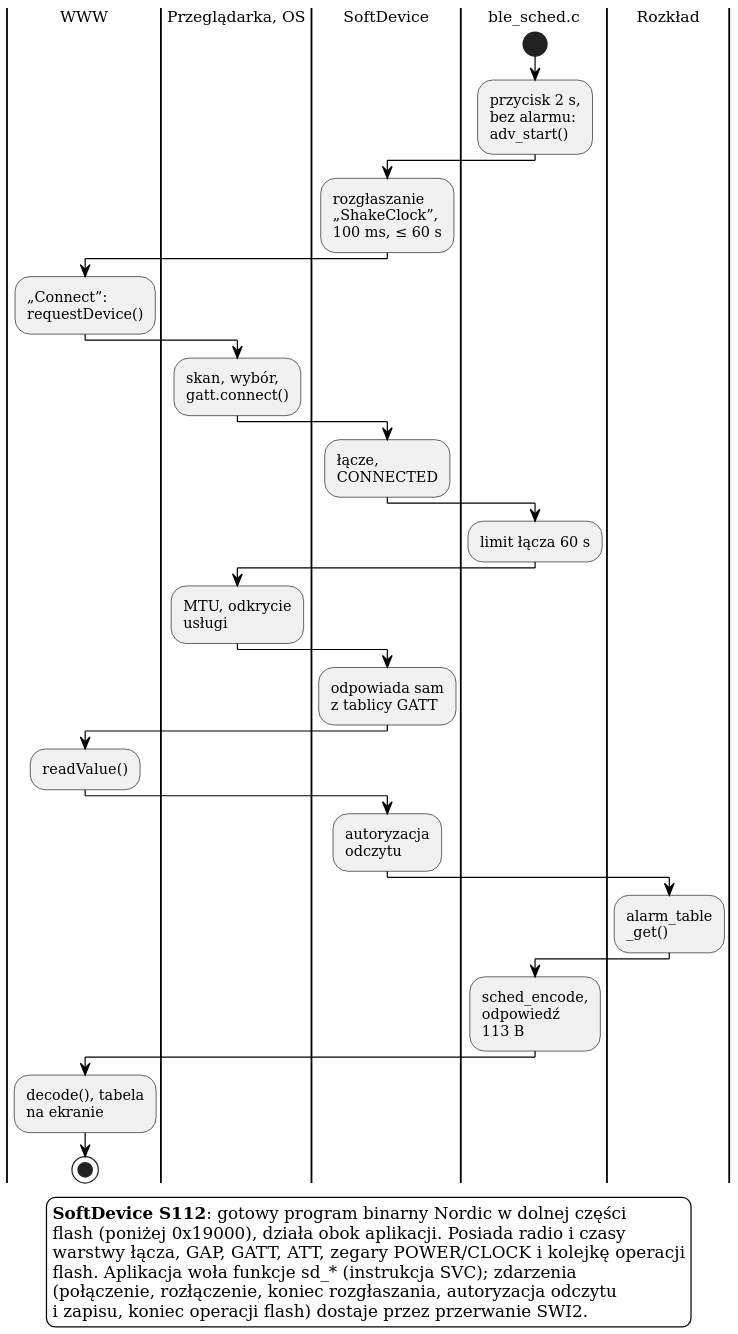
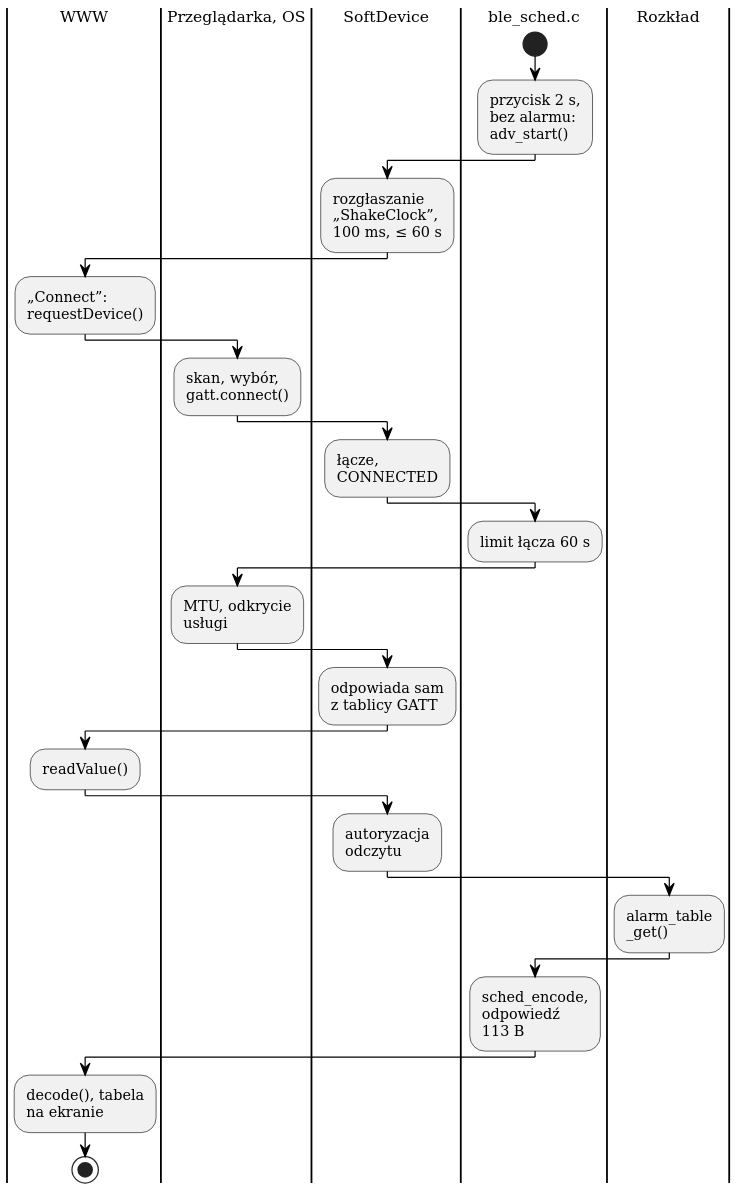
Before and after one commit to mikolajwojcicki/clock-project: the diagram in firmware/docs/diagrams/ble-overview-a.puml, drawn with PlantUML. The commit also changed other lines of this file and 12 other files, not shown here.

First line of the commit message:
firmware: rename display to e-Paper, drop SoftDevice legend

```diff
--- a/firmware/docs/diagrams/ble-overview-a.puml
+++ b/firmware/docs/diagrams/ble-overview-a.puml
@@ -5,58 +6,48 @@
 @startuml
 skinparam monochrome true
 skinparam shadowing false
 skinparam backgroundColor white
 skinparam defaultFontName DejaVu Serif
 skinparam activityFontName DejaVu Serif
 skinparam activityDiamondFontName DejaVu Serif
-skinparam legendFontName DejaVu Serif
 skinparam dpi 160
 skinparam ActivityBorderColor black
 skinparam ActivityDiamondBorderColor black
 skinparam ArrowColor black
 skinparam SwimlaneTitleFontSize 13
 
 |WWW|
 |Przeglądarka, OS|
 |SoftDevice|
 |ble_sched.c|
 |Rozkład|
 
 |ble_sched.c|
 start
 :przycisk 2 s,\nbez alarmu:\nadv_start();
 |SoftDevice|
 :rozgłaszanie\n„ShakeClock”,\n100 ms, ≤ 60 s;
 |WWW|
 :„Connect”:\nrequestDevice();
 |Przeglądarka, OS|
 :skan, wybór,\ngatt.connect();
 |SoftDevice|
 :łącze,\nCONNECTED;
 |ble_sched.c|
 :limit łącza 60 s;
 |Przeglądarka, OS|
 :MTU, odkrycie\nusługi;
 |SoftDevice|
 :odpowiada sam\nz tablicy GATT;
 |WWW|
 :readValue();
 |SoftDevice|
 :autoryzacja\nodczytu;
 |Rozkład|
 :alarm_table\n_get();
 |ble_sched.c|
 :sched_encode,\nodpowiedź\n113 B;
 |WWW|
 :decode(), tabela\nna ekranie;
 stop
-
-legend bottom
-  **SoftDevice S112**: gotowy program binarny Nordic w dolnej części
-  flash (poniżej 0x19000), działa obok aplikacji. Posiada radio i czasy
-  warstwy łącza, GAP, GATT, ATT, zegary POWER/CLOCK i kolejkę operacji
-  flash. Aplikacja woła funkcje sd_* (instrukcja SVC); zdarzenia
-  (połączenie, rozłączenie, koniec rozgłaszania, autoryzacja odczytu
-  i zapisu, koniec operacji flash) dostaje przez przerwanie SWI2.
-endlegend
 @enduml
```
